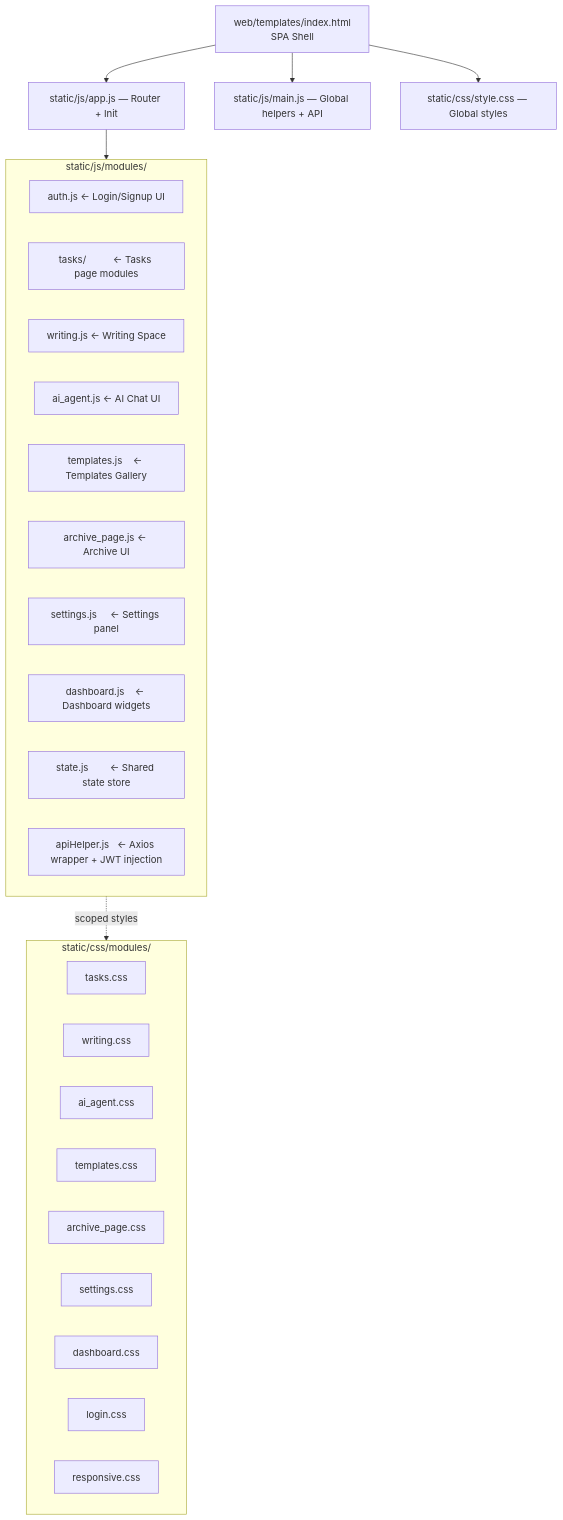
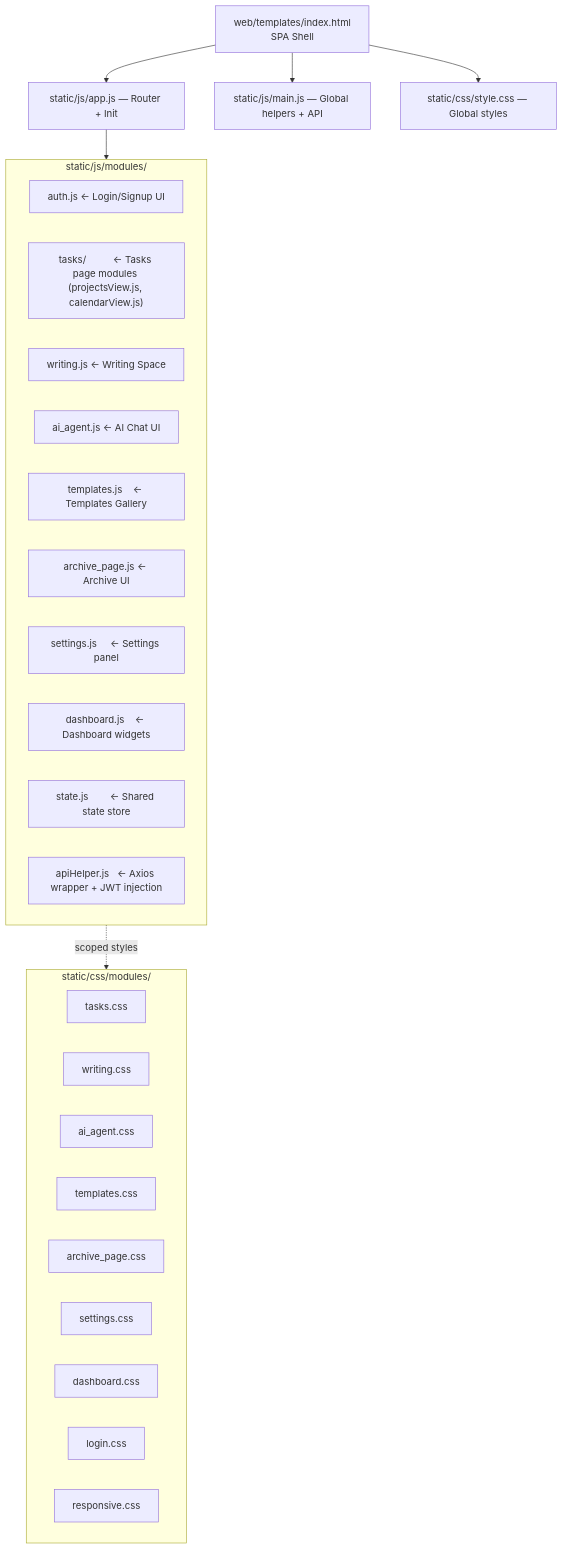
Before and after one commit to engabdullah3334-bot/lifeOS1: the fifth of 5 diagrams in lifeos_map.md, drawn with Mermaid. The commit also changed other lines of this file and 26 other files, not shown here.

````diff
--- a/lifeos_map.md
+++ b/lifeos_map.md
@@ -268,37 +268,37 @@
 ```mermaid
 flowchart TD
     Shell["web/templates/index.html\nSPA Shell"]
 
     Shell --> AppJS["static/js/app.js — Router + Init"]
     Shell --> MainJS["static/js/main.js — Global helpers + API"]
     Shell --> CSS["static/css/style.css — Global styles"]
 
     AppJS --> Modules
 
     subgraph Modules["static/js/modules/"]
         M1["auth.js         <- Login/Signup UI"]
-        M2["tasks/          <- Tasks page modules"]
+        M2["tasks/          <- Tasks page modules (projectsView.js, calendarView.js)"]
         M3["writing.js      <- Writing Space"]
         M4["ai_agent.js     <- AI Chat UI"]
         M5["templates.js    <- Templates Gallery"]
         M6["archive_page.js <- Archive UI"]
         M7["settings.js     <- Settings panel"]
         M8["dashboard.js    <- Dashboard widgets"]
         M9["state.js        <- Shared state store"]
         M10["apiHelper.js   <- Axios wrapper + JWT injection"]
     end
 
     subgraph CSSModules["static/css/modules/"]
         C1["tasks.css"]
         C2["writing.css"]
         C3["ai_agent.css"]
         C4["templates.css"]
         C5["archive_page.css"]
         C6["settings.css"]
         C7["dashboard.css"]
         C8["login.css"]
         C9["responsive.css"]
     end
 
     Modules -.->|"scoped styles"| CSSModules
 ```
````
